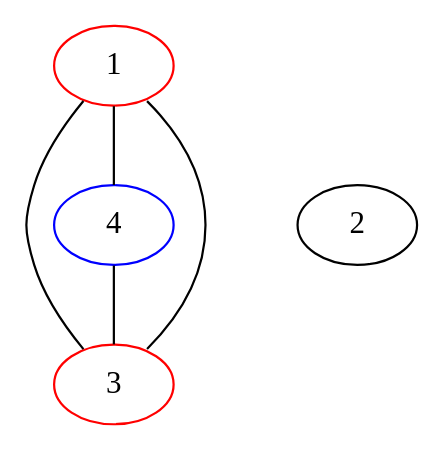
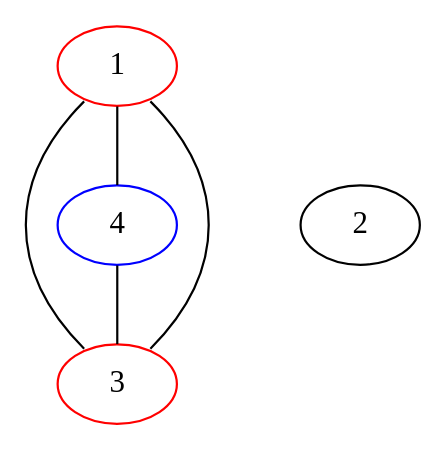
One commit to bilboquet/gamelib changed the diagram in sprouts/start_2_nodes/123.dot. Above: the diagram before and after it, drawn with Graphviz. The commit also changed 15 other files, not shown here.

```diff
--- a/sprouts/start_2_nodes/123.dot
+++ b/sprouts/start_2_nodes/123.dot
@@ -1,18 +1,18 @@
 graph {
   1 -- 3 [headport="ne", tailport="se"];
-  1 -- 3 [headport="no", tailport="so"];
+  1 -- 3 [headport="nw", tailport="sw"];
   1 -- 4;
   4 -- 3;
 
   {
     rank="same";
     4;
     2;
 
   }
 
   1 [color="red"];
   3 [color="red"];
   4 [color="blue"];
 
 }
```
